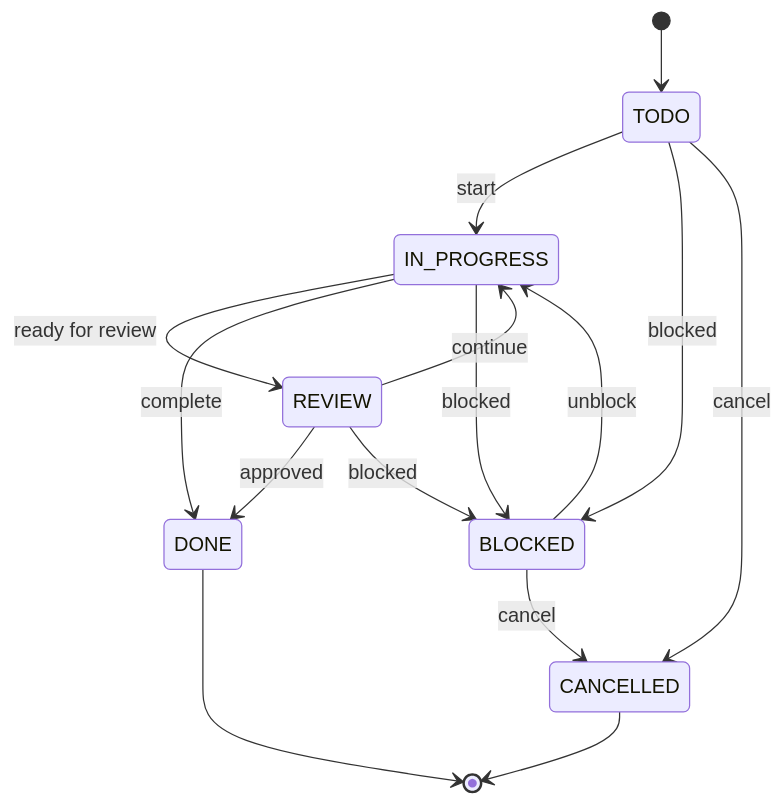
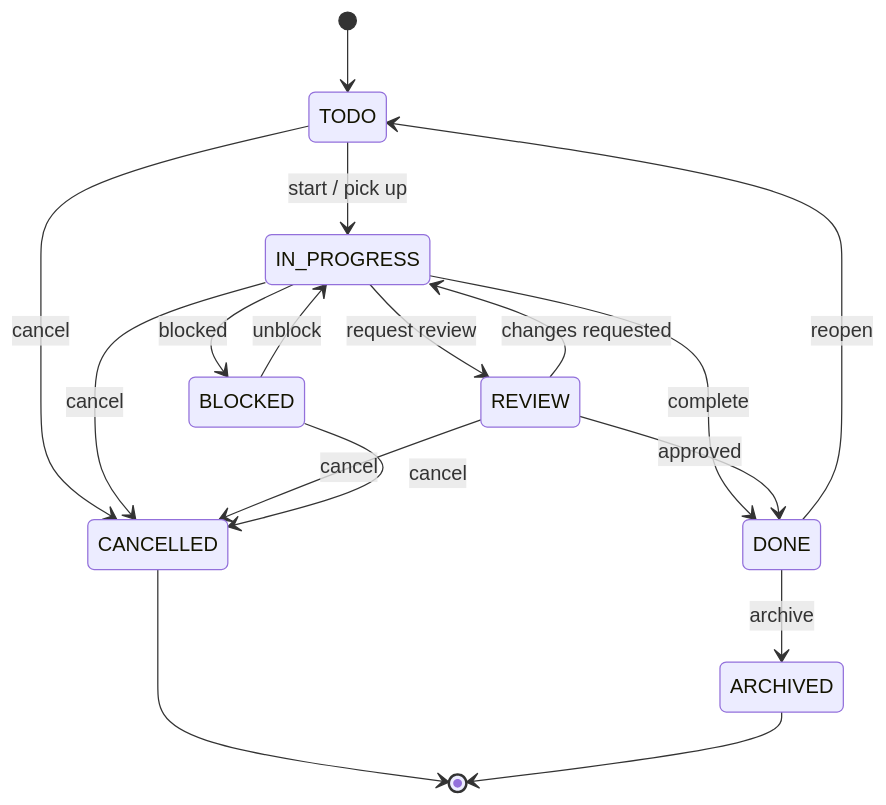
One commit to ask444d/vibeboard changed the third of 4 diagrams in README.md. Above: the diagram before and after it, drawn with Mermaid. The commit also changed other lines of this file, not shown here.

Commit message:
Replace the README lifecycle diagrams with cleaner versions

````diff
--- a/README.md
+++ b/README.md
@@ -182,22 +182,25 @@
 ```mermaid
 stateDiagram-v2
   [*] --> TODO
 
-  TODO --> IN_PROGRESS: start
-  TODO --> BLOCKED: blocked
+  TODO --> IN_PROGRESS: start / pick up
   TODO --> CANCELLED: cancel
 
-  IN_PROGRESS --> REVIEW: ready for review
+  IN_PROGRESS --> REVIEW: request review
+  IN_PROGRESS --> BLOCKED: blocked
+  IN_PROGRESS --> CANCELLED: cancel
   IN_PROGRESS --> DONE: complete
-  IN_PROGRESS --> BLOCKED: blocked
 
+  REVIEW --> IN_PROGRESS: changes requested
   REVIEW --> DONE: approved
-  REVIEW --> IN_PROGRESS: continue
-  REVIEW --> BLOCKED: blocked
+  REVIEW --> CANCELLED: cancel
 
   BLOCKED --> IN_PROGRESS: unblock
   BLOCKED --> CANCELLED: cancel
 
-  DONE --> [*]
+  DONE --> ARCHIVED: archive
+  DONE --> TODO: reopen
+
   CANCELLED --> [*]
+  ARCHIVED --> [*]
 ```
````
